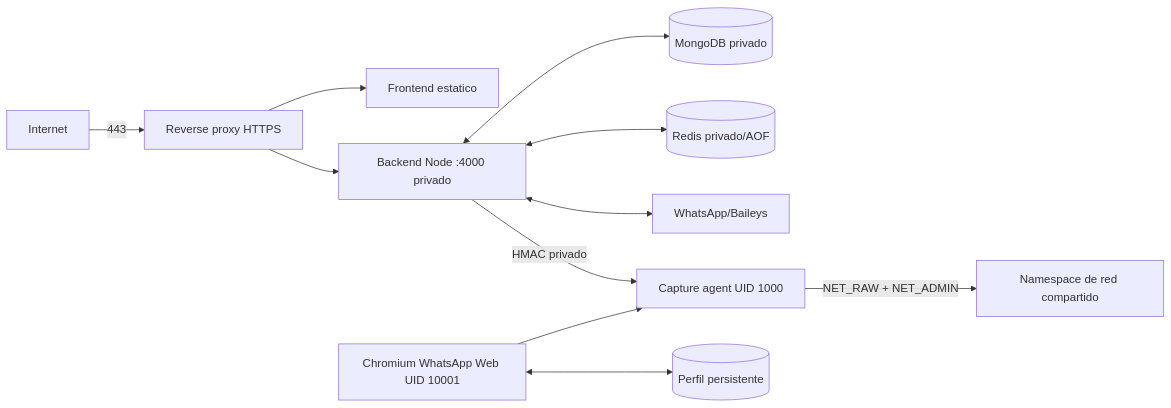
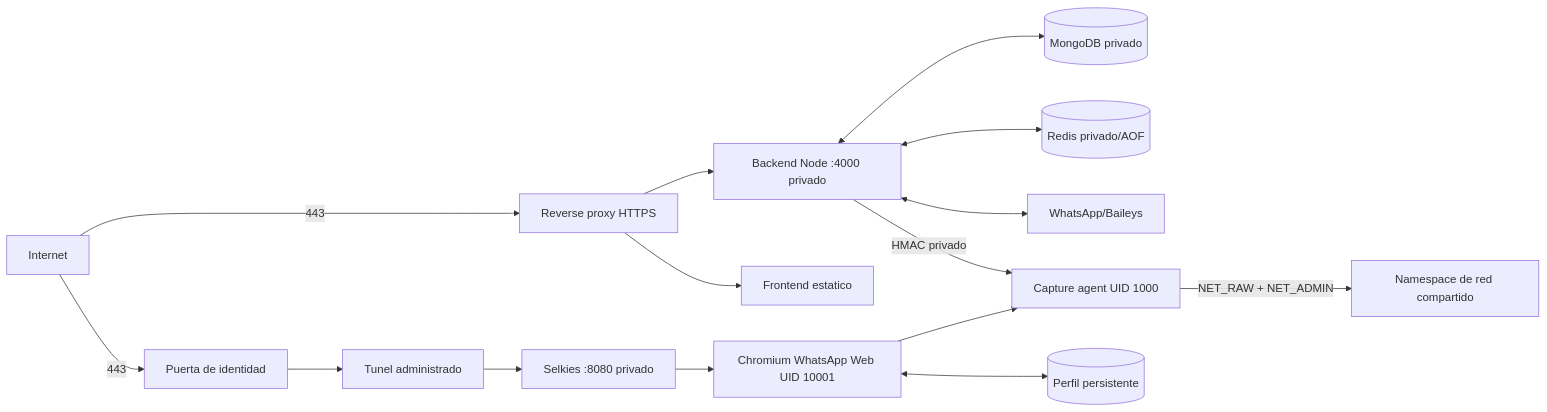
Before and after one commit to deco31416/wp-monitor: the diagram in docs/operations/ubuntu-vps.md, drawn with Mermaid. The commit also changed other lines of this file and 20 other files, not shown here.

````diff
--- a/docs/operations/ubuntu-vps.md
+++ b/docs/operations/ubuntu-vps.md
@@ -11,13 +11,17 @@
 ```mermaid
 flowchart LR
     Internet -->|443| Proxy[Reverse proxy HTTPS]
+    Internet -->|443| Access[Puerta de identidad]
+    Access --> Tunnel[Tunel administrado]
+    Tunnel --> Selkies[Selkies :8080 privado]
+    Selkies --> Browser[Chromium WhatsApp Web UID 10001]
     Proxy --> UI[Frontend estatico]
     Proxy --> API[Backend Node :4000 privado]
     API <--> Mongo[(MongoDB privado)]
     API <--> Redis[(Redis privado/AOF)]
     API <--> WA[WhatsApp/Baileys]
     API -->|HMAC privado| Agent[Capture agent UID 1000]
-    Browser[Chromium WhatsApp Web UID 10001] --> Agent
+    Browser --> Agent
     Browser <--> Profile[(Perfil persistente)]
     Agent -->|NET_RAW + NET_ADMIN| Namespace[Namespace de red compartido]
 ```
````
